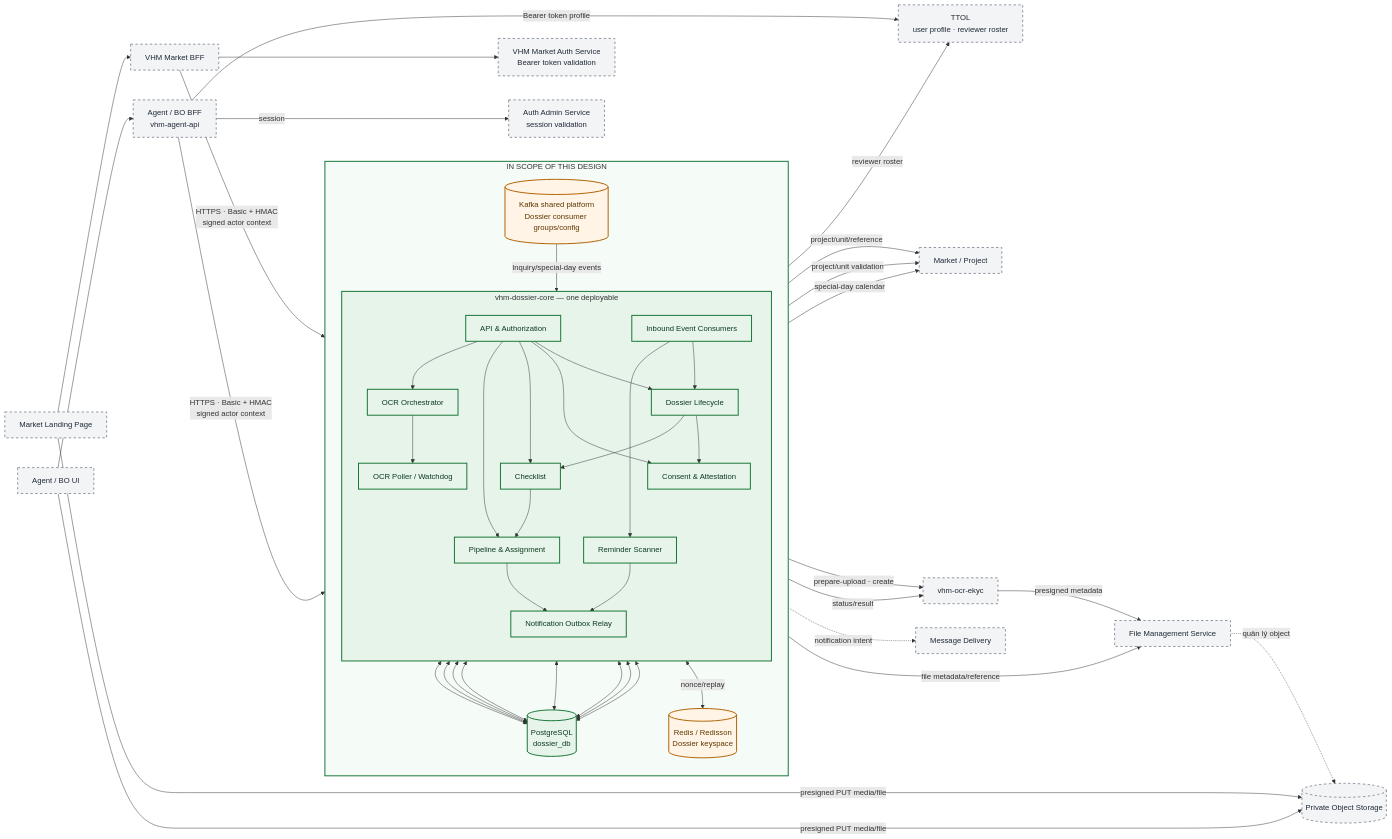
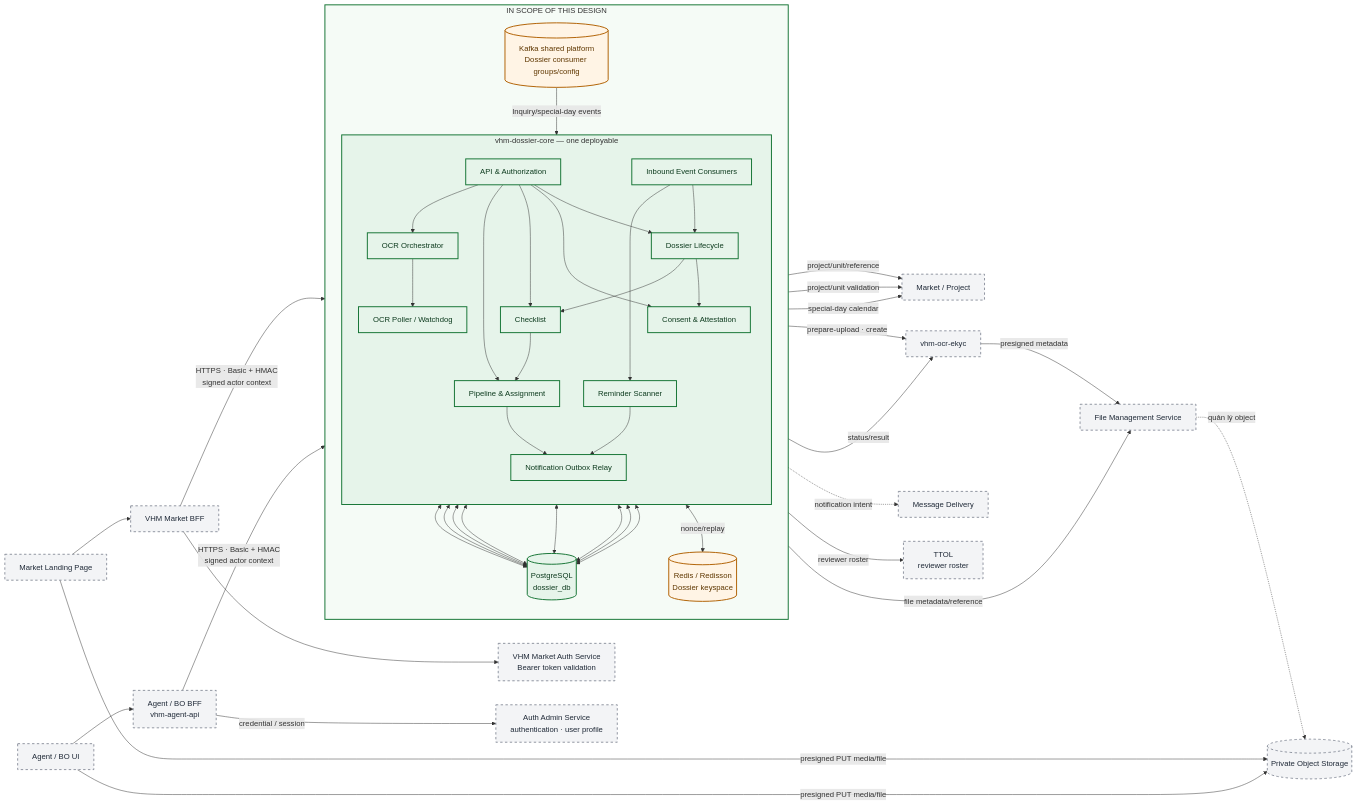
One commit to huynv-xyz/vhm changed the third of 17 diagrams in tdd-dossier.md. Above: the diagram before and after it, drawn with Mermaid. The commit also changed other lines of this file, not shown here.

```diff
--- a/tdd-dossier.md
+++ b/tdd-dossier.md
@@ -533,12 +532,11 @@
     classDef external fill:#F3F4F6,stroke:#6B7280,stroke-width:1.5px,stroke-dasharray:5 5,color:#1F2937
 
     MAUTH[VHM Market Auth Service<br/>Bearer token validation]
-    AGENT_AUTH[Auth Admin Service<br/>session validation]
+    AGENT_AUTH[Auth Admin Service<br/>authentication · user profile]
     LANDING[Market Landing Page] --> MARKET[VHM Market BFF]
     CHANNEL[Agent / BO UI] --> AGENT[Agent / BO BFF<br/>vhm-agent-api]
     MARKET --> MAUTH
-    AGENT -->|session| AGENT_AUTH
-    AGENT -->|Bearer token profile| TTOL
+    AGENT -->|credential / session| AGENT_AUTH
 
     subgraph DESIGN[IN SCOPE OF THIS DESIGN]
       direction TB
@@ -588,7 +586,7 @@
     PROJECT[Market / Project]
     OCR[vhm-ocr-ekyc]
     MSG[Message Delivery]
-    TTOL[TTOL<br/>user profile · reviewer roster]
+    TTOL[TTOL<br/>reviewer roster]
 
     MARKET -->|HTTPS · Basic + HMAC<br/>signed actor context| API
     AGENT -->|HTTPS · Basic + HMAC<br/>signed actor context| API
```
